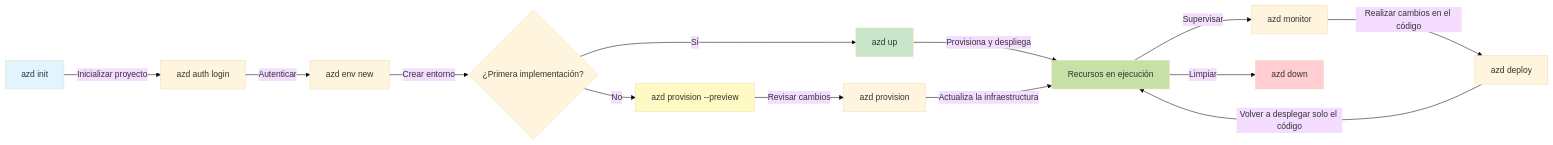
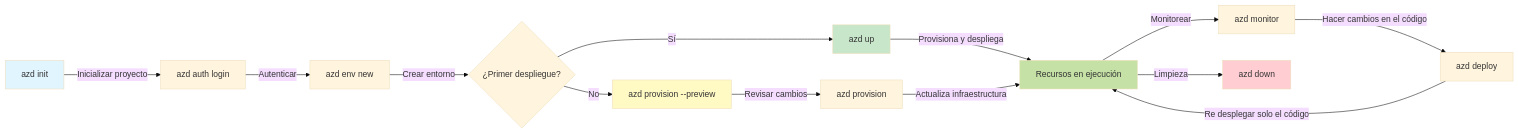
Before and after one commit to microsoft/AZD-for-beginners: the first of 2 diagrams in translations/es/docs/chapter-01-foundation/azd-basics.md, drawn with Mermaid (base theme). The commit also changed other lines of this file and 101 other files, not shown here.

````diff
--- a/translations/es/docs/chapter-01-foundation/azd-basics.md
+++ b/translations/es/docs/chapter-01-foundation/azd-basics.md
@@ -254,21 +269,21 @@
 ```mermaid
 graph LR
     A[azd init] -->|Inicializar proyecto| B[azd auth login]
     B -->|Autenticar| C[azd env new]
-    C -->|Crear entorno| D{¿Primera implementación?}
+    C -->|Crear entorno| D{¿Primer despliegue?}
     D -->|Sí| E[azd up]
     D -->|No| F[azd provision --preview]
     F -->|Revisar cambios| G[azd provision]
     E -->|Provisiona y despliega| H[Recursos en ejecución]
-    G -->|Actualiza la infraestructura| H
-    H -->|Supervisar| I[azd monitor]
-    I -->|Realizar cambios en el código| J[azd deploy]
-    J -->|Volver a desplegar solo el código| H
-    H -->|Limpiar| K[azd down]
+    G -->|Actualiza infraestructura| H
+    H -->|Monitorear| I[azd monitor]
+    I -->|Hacer cambios en el código| J[azd deploy]
+    J -->|Re desplegar solo el código| H
+    H -->|Limpieza| K[azd down]
     
     style A fill:#e1f5fe
     style E fill:#c8e6c9
     style F fill:#fff9c4
     style H fill:#c5e1a5
     style K fill:#ffcdd2
 ```
````
